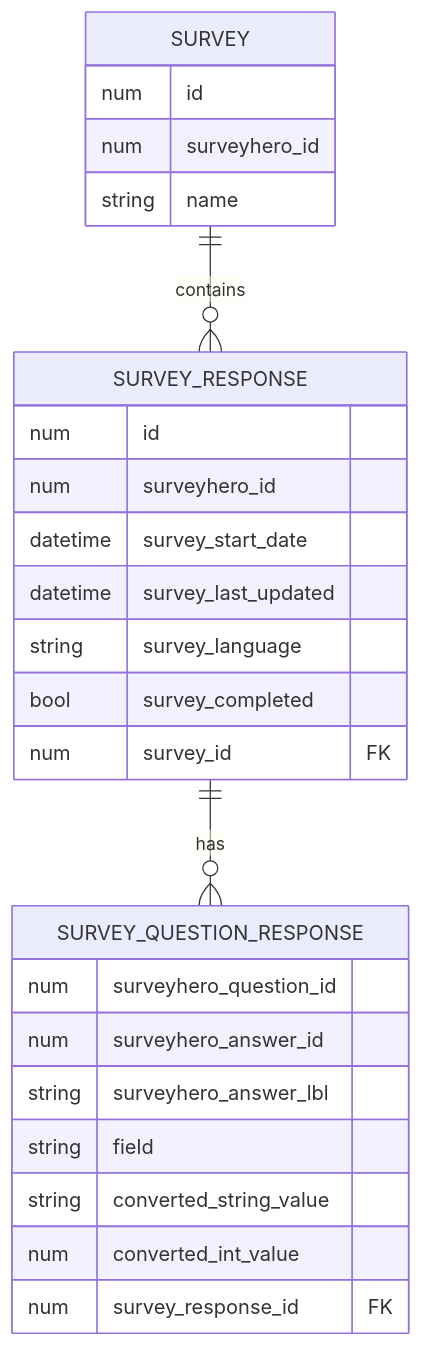
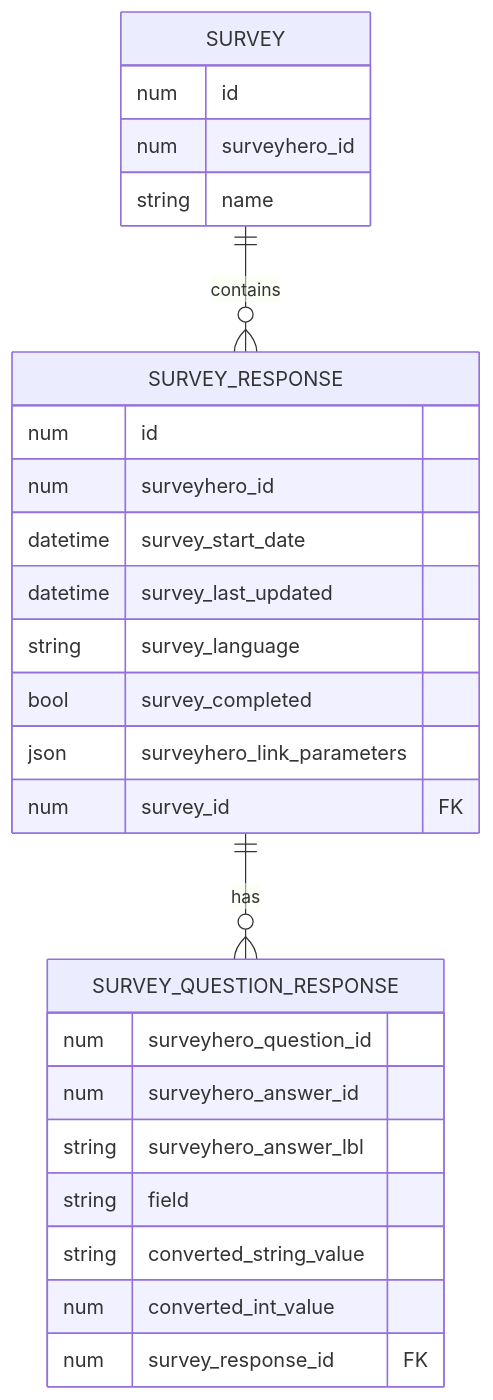
One commit to statikbe/laravel-surveyhero changed the diagram in README.md. Above: the diagram before and after it, drawn with Mermaid. The commit also changed other lines of this file and 8 other files, not shown here.

````diff
--- a/README.md
+++ b/README.md
@@ -49,29 +33,30 @@
 ``` mermaid
 erDiagram
 SURVEY {
     num id
     num surveyhero_id
     string name
     
 }
 SURVEY_RESPONSE {
     num id
     num surveyhero_id
     datetime survey_start_date
     datetime survey_last_updated
     string survey_language
     bool survey_completed
+    json surveyhero_link_parameters
     num survey_id FK
 }
 SURVEY_QUESTION_RESPONSE {
     num surveyhero_question_id
     num surveyhero_answer_id
     string surveyhero_answer_lbl
     string field
     string converted_string_value
     num converted_int_value
     num survey_response_id FK
 }
 SURVEY ||--o{ SURVEY_RESPONSE : contains
 SURVEY_RESPONSE ||--o{ SURVEY_QUESTION_RESPONSE : has
 ```
````
